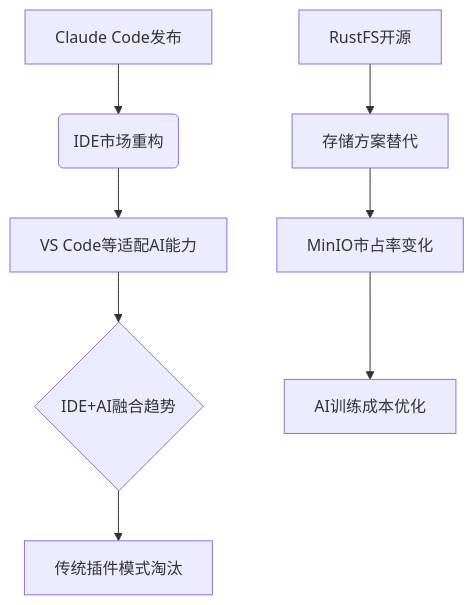
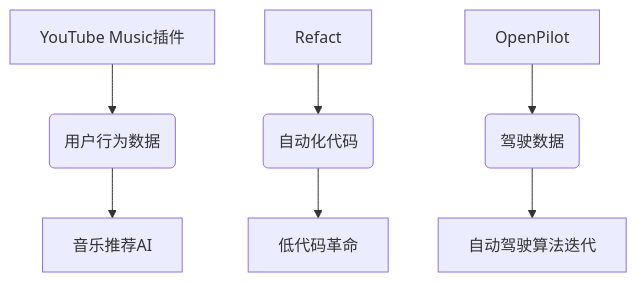
One commit to WarrenHao/AiDaily changed the second of 2 diagrams in daily/2025-07-08.md. Above: the diagram before and after it, drawn with Mermaid. The commit also changed other lines of this file, not shown here.

````diff
--- a/daily/2025-07-08.md
+++ b/daily/2025-07-08.md
@@ -56,10 +65,9 @@
 ```mermaid
 graph TD
-  A[Claude Code发布] --> B(IDE市场重构)
-  B --> C[VS Code等适配AI能力]
-  C --> D{IDE+AI融合趋势}
-  D --> E[传统插件模式淘汰]
-  F[RustFS开源] --> G[存储方案替代]
-  G --> H[MinIO市占率变化]
-  H --> I[AI训练成本优化]
+    A[YouTube Music插件] --> B(用户行为数据)
+    B --> C[音乐推荐AI]
+    D[Refact] --> E(自动化代码)
+    E --> F[低代码革命]
+    G[OpenPilot] --> H(驾驶数据)
+    H --> I[自动驾驶算法迭代]
 ```
````
